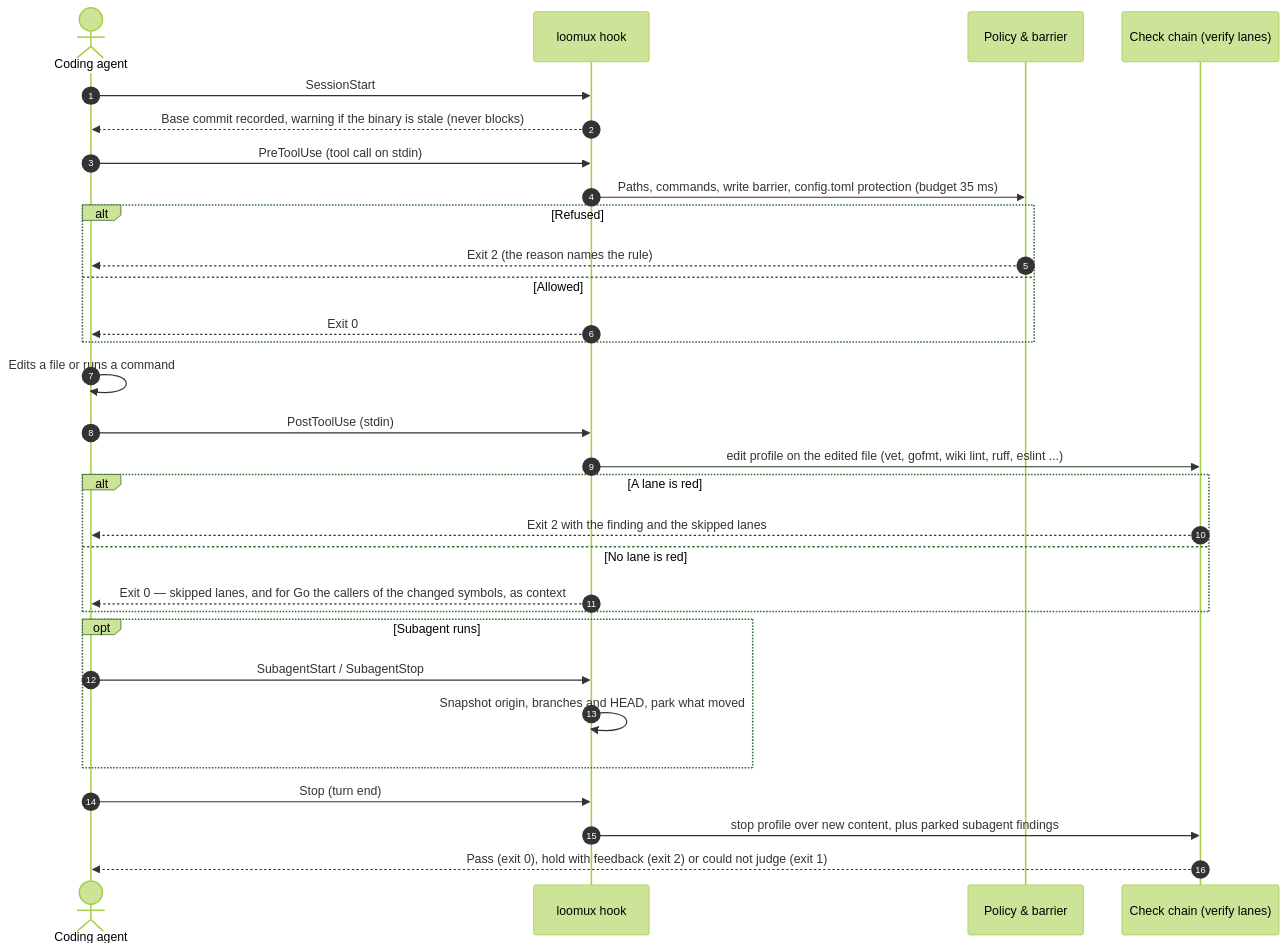
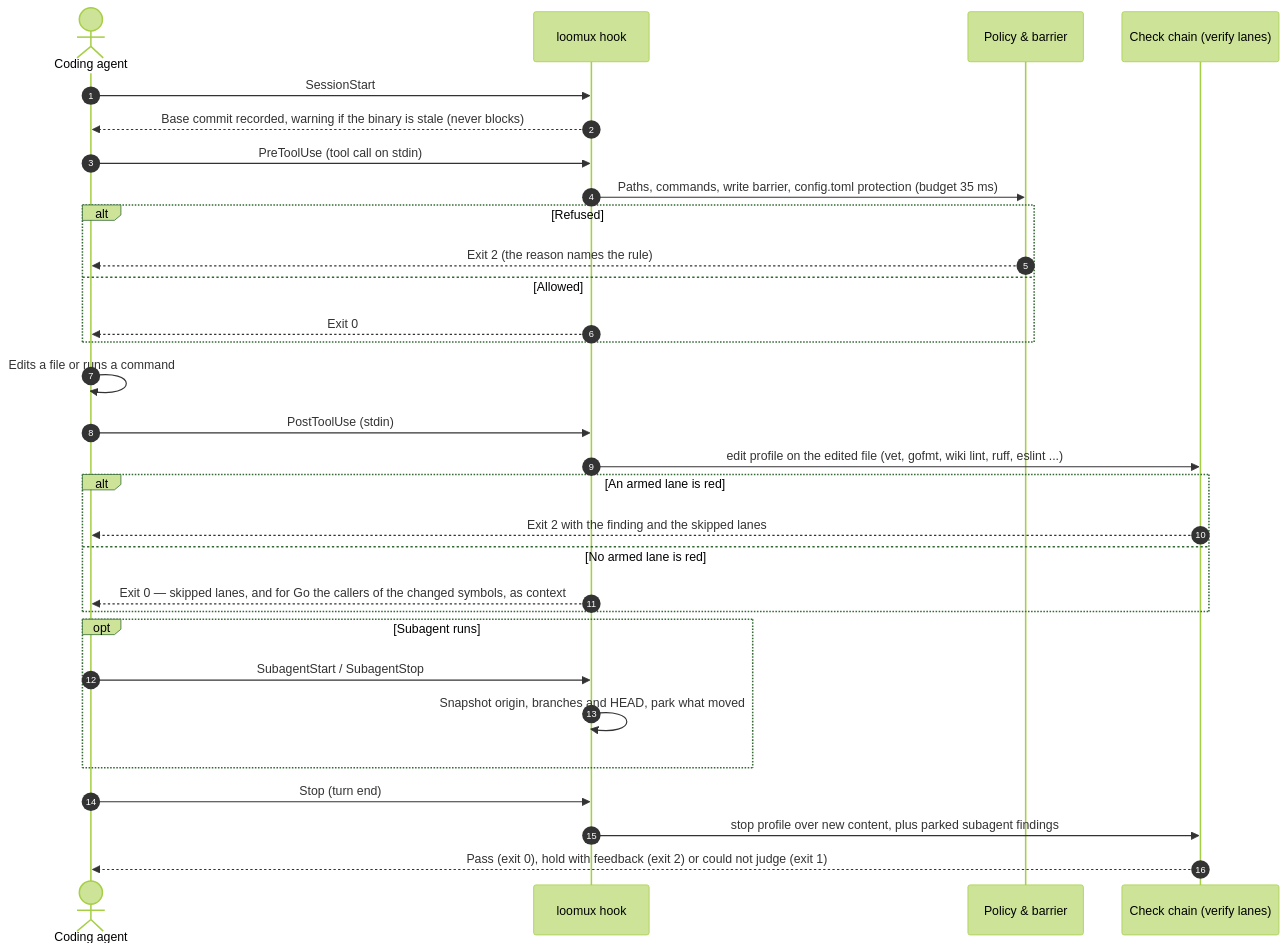
Before and after one commit to xidus90/loomux: the second of 3 diagrams in README.md, drawn with Mermaid (forest theme). The commit also changed other lines of this file and 9 other files, not shown here.

````diff
--- a/README.md
+++ b/README.md
@@ -59,38 +59,38 @@
 ```mermaid
 sequenceDiagram
     autonumber
     actor Agent as Coding agent
     participant Hook as loomux hook
     participant Policy as Policy & barrier
     participant Verify as Check chain (verify lanes)
 
     Agent->>Hook: SessionStart
     Hook-->>Agent: Base commit recorded, warning if the binary is stale (never blocks)
 
     Agent->>Hook: PreToolUse (tool call on stdin)
     Hook->>Policy: Paths, commands, write barrier, config.toml protection (budget 35 ms)
     alt Refused
         Policy-->>Agent: Exit 2 (the reason names the rule)
     else Allowed
         Hook-->>Agent: Exit 0
     end
 
     Agent->>Agent: Edits a file or runs a command
 
     Agent->>Hook: PostToolUse (stdin)
     Hook->>Verify: edit profile on the edited file (vet, gofmt, wiki lint, ruff, eslint ...)
-    alt A lane is red
+    alt An armed lane is red
         Verify-->>Agent: Exit 2 with the finding and the skipped lanes
-    else No lane is red
+    else No armed lane is red
         Hook-->>Agent: Exit 0 — skipped lanes, and for Go the callers of the changed symbols, as context
     end
 
     opt Subagent runs
         Agent->>Hook: SubagentStart / SubagentStop
         Hook->>Hook: Snapshot origin, branches and HEAD, park what moved
     end
 
     Agent->>Hook: Stop (turn end)
     Hook->>Verify: stop profile over new content, plus parked subagent findings
     Verify-->>Agent: Pass (exit 0), hold with feedback (exit 2) or could not judge (exit 1)
 ```
````
